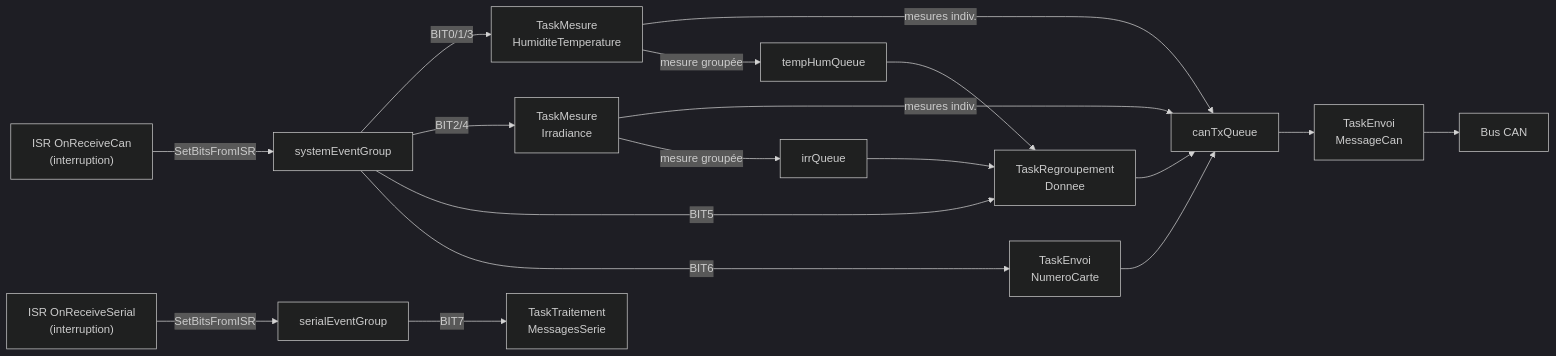
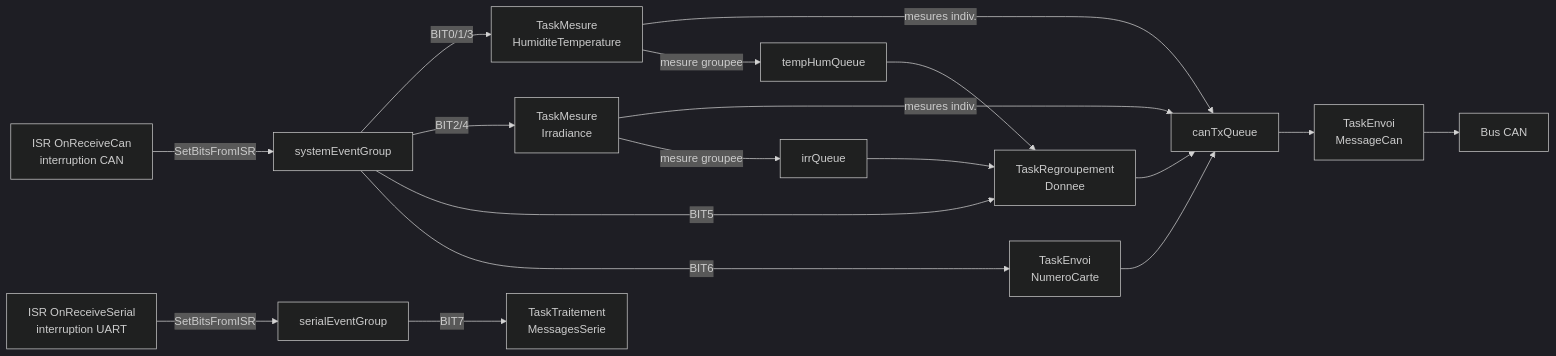
The diagram in docs/cartes/meteo.md (baptisteB00/Projet_LAOS), drawn with Mermaid (dark theme) before and after one commit. The commit also changed other lines of this file and 180 other files, not shown here.

First line of the commit message:
correction Mermaid et tableaux : compatibilité GitHub

````diff
--- a/docs/cartes/meteo.md
+++ b/docs/cartes/meteo.md
@@ -66,26 +66,26 @@
 ```mermaid
 graph LR
-    CAN_ISR["ISR OnReceiveCan\n(interruption)"]
-    SER_ISR["ISR OnReceiveSerial\n(interruption)"]
+    CAN_ISR["ISR OnReceiveCan<br/>interruption CAN"]
+    SER_ISR["ISR OnReceiveSerial<br/>interruption UART"]
 
-    CAN_ISR -->|"SetBitsFromISR"| SEG["systemEventGroup"]
-    SER_ISR -->|"SetBitsFromISR"| SerEG["serialEventGroup"]
+    CAN_ISR -->|SetBitsFromISR| EG["systemEventGroup"]
+    SER_ISR -->|SetBitsFromISR| SerEG["serialEventGroup"]
 
-    SEG -->|"BIT0/1/3"| TH["TaskMesure\nHumiditeTemperature"]
-    SEG -->|"BIT2/4"| TI["TaskMesure\nIrradiance"]
-    SEG -->|"BIT5"| TR["TaskRegroupement\nDonnee"]
-    SEG -->|"BIT6"| TN["TaskEnvoi\nNumeroCarte"]
-    SerEG -->|"BIT7"| TS["TaskTraitement\nMessagesSerie"]
+    EG -->|BIT0/1/3| TH["TaskMesure<br/>HumiditeTemperature"]
+    EG -->|BIT2/4| TI["TaskMesure<br/>Irradiance"]
+    EG -->|BIT5| TR["TaskRegroupement<br/>Donnee"]
+    EG -->|BIT6| TN["TaskEnvoi<br/>NumeroCarte"]
+    SerEG -->|BIT7| TS["TaskTraitement<br/>MessagesSerie"]
 
-    TH -->|"mesures indiv."| CTX["canTxQueue"]
-    TH -->|"mesure groupée"| THQ["tempHumQueue"]
-    TI -->|"mesures indiv."| CTX
-    TI -->|"mesure groupée"| IQ["irrQueue"]
+    TH -->|mesures indiv.| CTX["canTxQueue"]
+    TH -->|mesure groupee| THQ["tempHumQueue"]
+    TI -->|mesures indiv.| CTX
+    TI -->|mesure groupee| IQ["irrQueue"]
     THQ --> TR
     IQ --> TR
     TR --> CTX
     TN --> CTX
 
-    CTX --> TX["TaskEnvoi\nMessageCan"]
+    CTX --> TX["TaskEnvoi<br/>MessageCan"]
     TX --> BUS["Bus CAN"]
 ```
````
